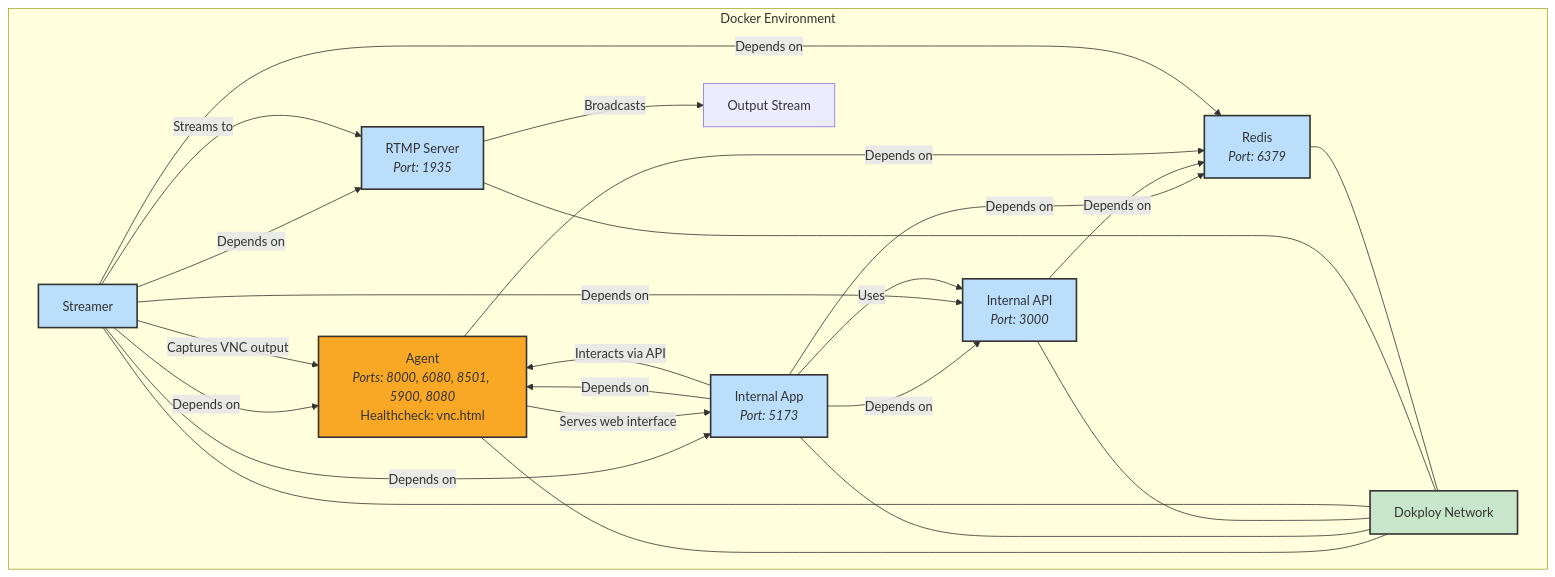
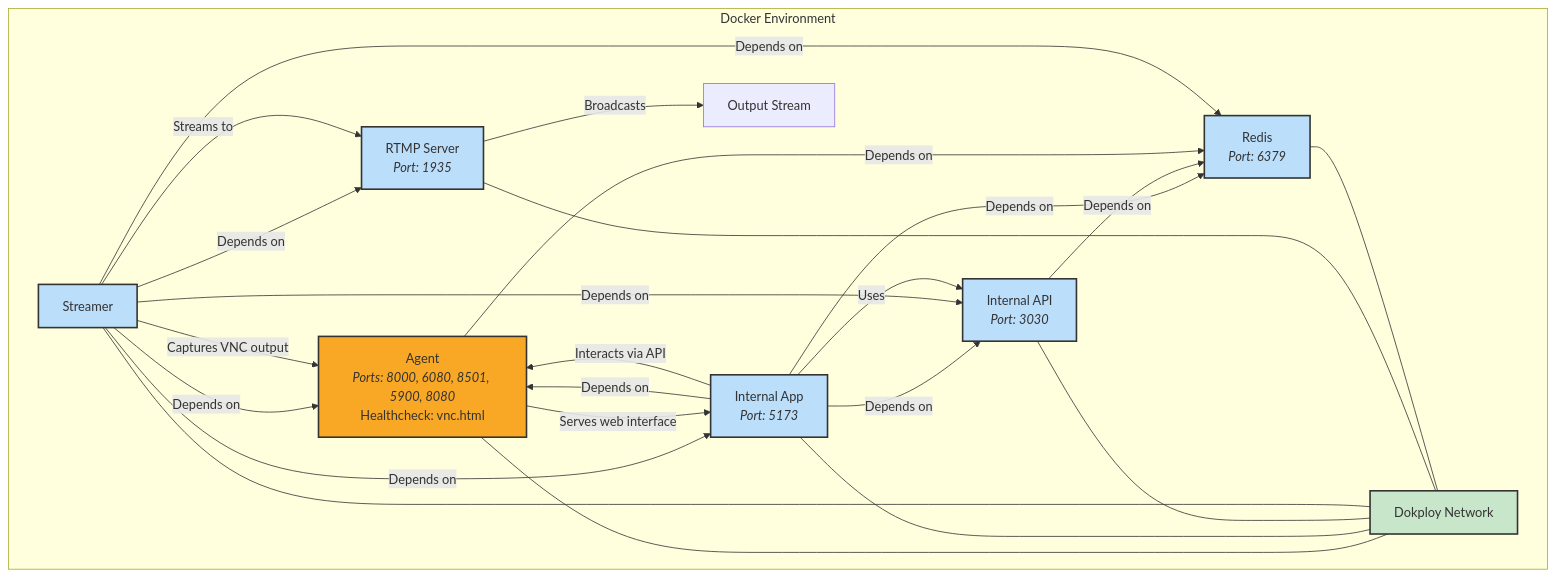
The diagram in README.md (microchipgnu/ethglobal-trifecta-hackathon), drawn with Mermaid before and after one commit. The commit also changed other lines of this file and 4 other files, not shown here.

Commit message:
Update internal API port from 3000 to 3030 in .env.example, docker-compose.yml, README.md, Dockerfile, and index.ts to ensure consistent configuration across the application.

````diff
--- a/README.md
+++ b/README.md
@@ -102,51 +102,51 @@
 ```mermaid
 flowchart TD
     %% Docker Environment
     subgraph "Docker Environment"
         %% Services
         agent[Agent<br><i>Ports: 8000, 6080, 8501, 5900, 8080</i><br>Healthcheck: vnc.html]:::mainService
         internal_app[Internal App<br><i>Port: 5173</i>]:::service
-        internal_api[Internal API<br><i>Port: 3000</i>]:::service
+        internal_api[Internal API<br><i>Port: 3030</i>]:::service
         rtmp[RTMP Server<br><i>Port: 1935</i>]:::service
         streamer[Streamer]:::service
         redis[Redis<br><i>Port: 6379</i>]:::service
         output[Output Stream]
 
         %% Dependencies
         internal_app -->|Depends on| agent
         internal_app -->|Depends on| internal_api
         internal_app -->|Depends on| redis
         
         internal_api -->|Depends on| redis
         
         agent -->|Depends on| redis
         
         streamer -->|Depends on| agent
         streamer -->|Depends on| rtmp
         streamer -->|Depends on| internal_app
         streamer -->|Depends on| internal_api
         streamer -->|Depends on| redis
         
         %% Data Flow
         agent -->|Serves web interface| internal_app
         internal_app -->|Interacts via API| agent
         internal_app -->|Uses| internal_api
         streamer -->|Captures VNC output| agent
         streamer -->|Streams to| rtmp
         rtmp -->|Broadcasts| output
         
         %% All services connected to network
         network[Dokploy Network]:::network
         agent --- network
         internal_app --- network
         internal_api --- network
         streamer --- network
         rtmp --- network
         redis --- network
     end
 
     %% Styling
     classDef mainService fill:#f9a825,stroke:#333,stroke-width:2px;
     classDef service fill:#bbdefb,stroke:#333,stroke-width:2px;
     classDef network fill:#c8e6c9,stroke:#333,stroke-width:2px;
 ```
````
